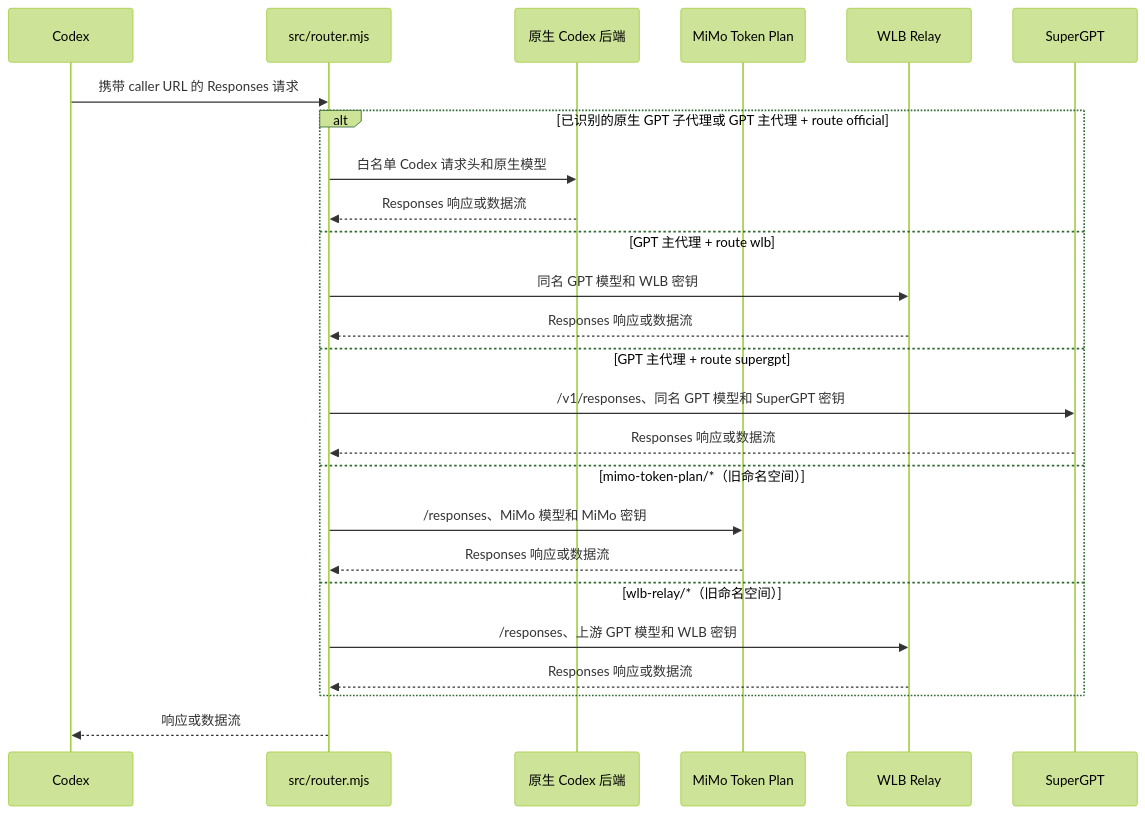
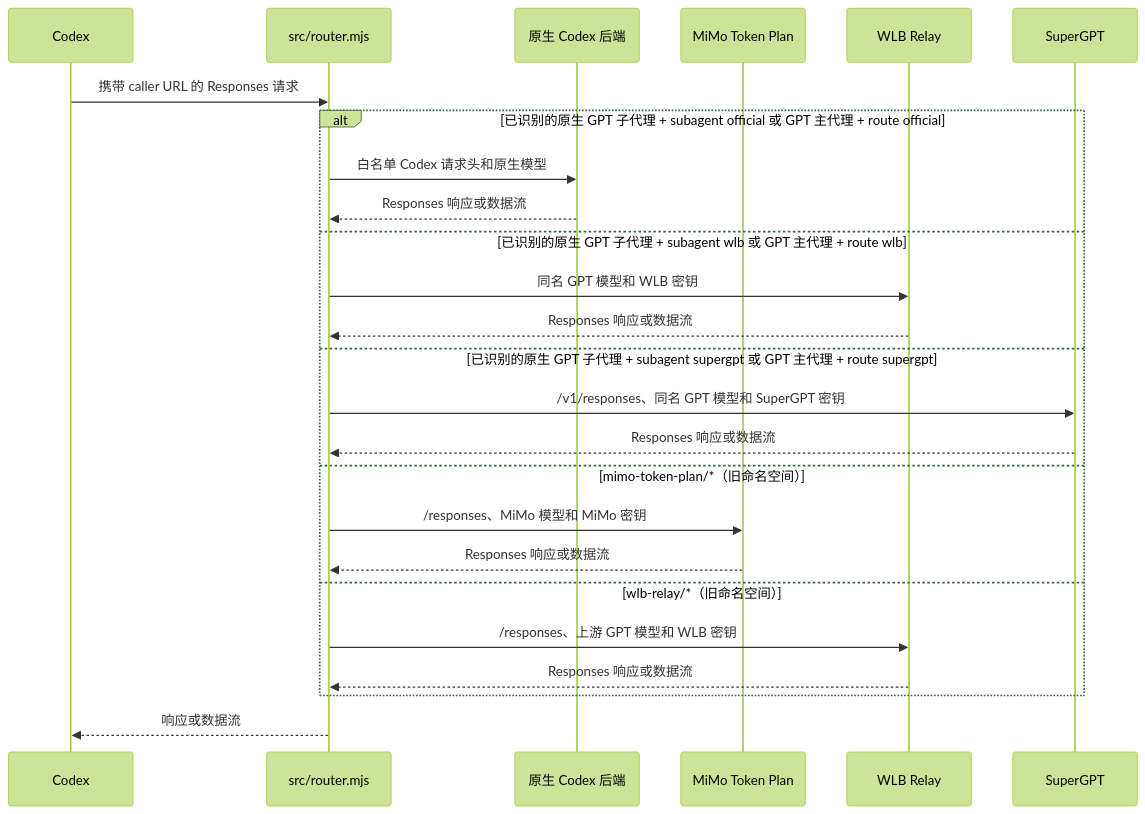
Before and after one commit to DKalien/codex-router: the diagram in docs/HOW-IT-WORKS.md, drawn with Mermaid (forest theme). The commit also changed other lines of this file and 9 other files, not shown here.

````diff
--- a/docs/HOW-IT-WORKS.md
+++ b/docs/HOW-IT-WORKS.md
@@ -10,28 +10,28 @@
 ```mermaid
 sequenceDiagram
   participant C as Codex
   participant R as src/router.mjs
   participant N as 原生 Codex 后端
   participant M as MiMo Token Plan
   participant W as WLB Relay
   participant S as SuperGPT
 
   C->>R: 携带 caller URL 的 Responses 请求
-  alt 已识别的原生 GPT 子代理或 GPT 主代理 + route official
+  alt 已识别的原生 GPT 子代理 + subagent official 或 GPT 主代理 + route official
     R->>N: 白名单 Codex 请求头和原生模型
     N-->>R: Responses 响应或数据流
-  else GPT 主代理 + route wlb
+  else 已识别的原生 GPT 子代理 + subagent wlb 或 GPT 主代理 + route wlb
     R->>W: 同名 GPT 模型和 WLB 密钥
     W-->>R: Responses 响应或数据流
-  else GPT 主代理 + route supergpt
+  else 已识别的原生 GPT 子代理 + subagent supergpt 或 GPT 主代理 + route supergpt
     R->>S: /v1/responses、同名 GPT 模型和 SuperGPT 密钥
     S-->>R: Responses 响应或数据流
   else mimo-token-plan/*（旧命名空间）
     R->>M: /responses、MiMo 模型和 MiMo 密钥
     M-->>R: Responses 响应或数据流
   else wlb-relay/*（旧命名空间）
     R->>W: /responses、上游 GPT 模型和 WLB 密钥
     W-->>R: Responses 响应或数据流
   end
   R-->>C: 响应或数据流
 ```
````
